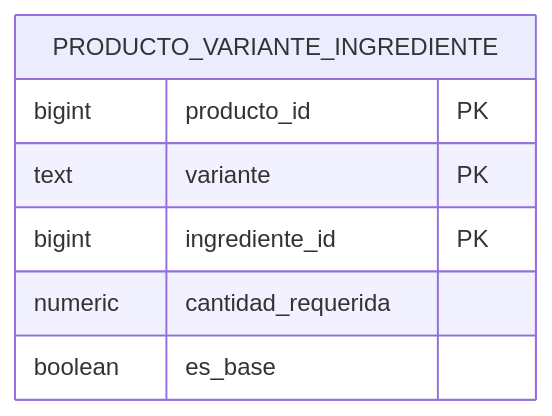
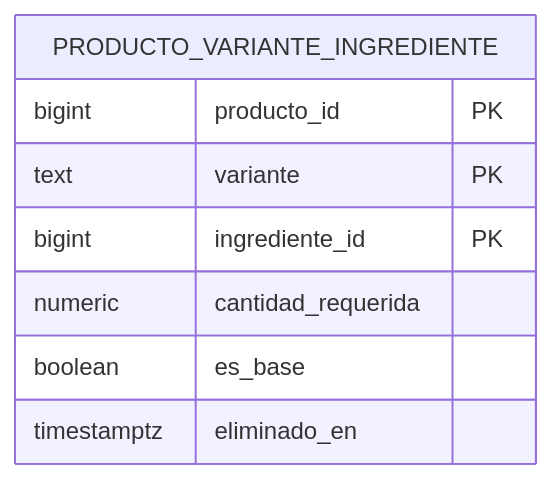
Diagram 12 of 14 in docs/DER.md (Ignapag/Desarrollo-2026), drawn with Mermaid before and after one commit. The commit also changed other lines of this file and 68 other files, not shown here.

````diff
--- a/docs/DER.md
+++ b/docs/DER.md
@@ -607,10 +611,11 @@
 ```mermaid
 erDiagram
     PRODUCTO_VARIANTE_INGREDIENTE {
         bigint producto_id PK
         text variante PK
         bigint ingrediente_id PK
         numeric cantidad_requerida
         boolean es_base
+        timestamptz eliminado_en
     }
 ```
````
